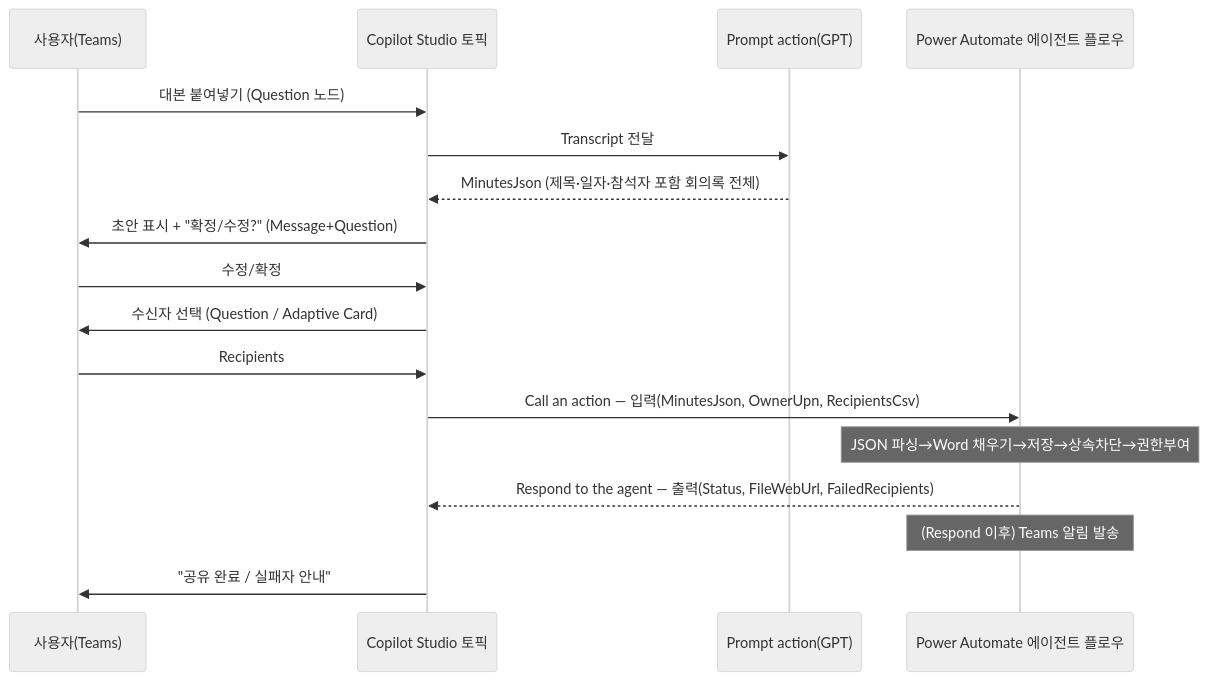
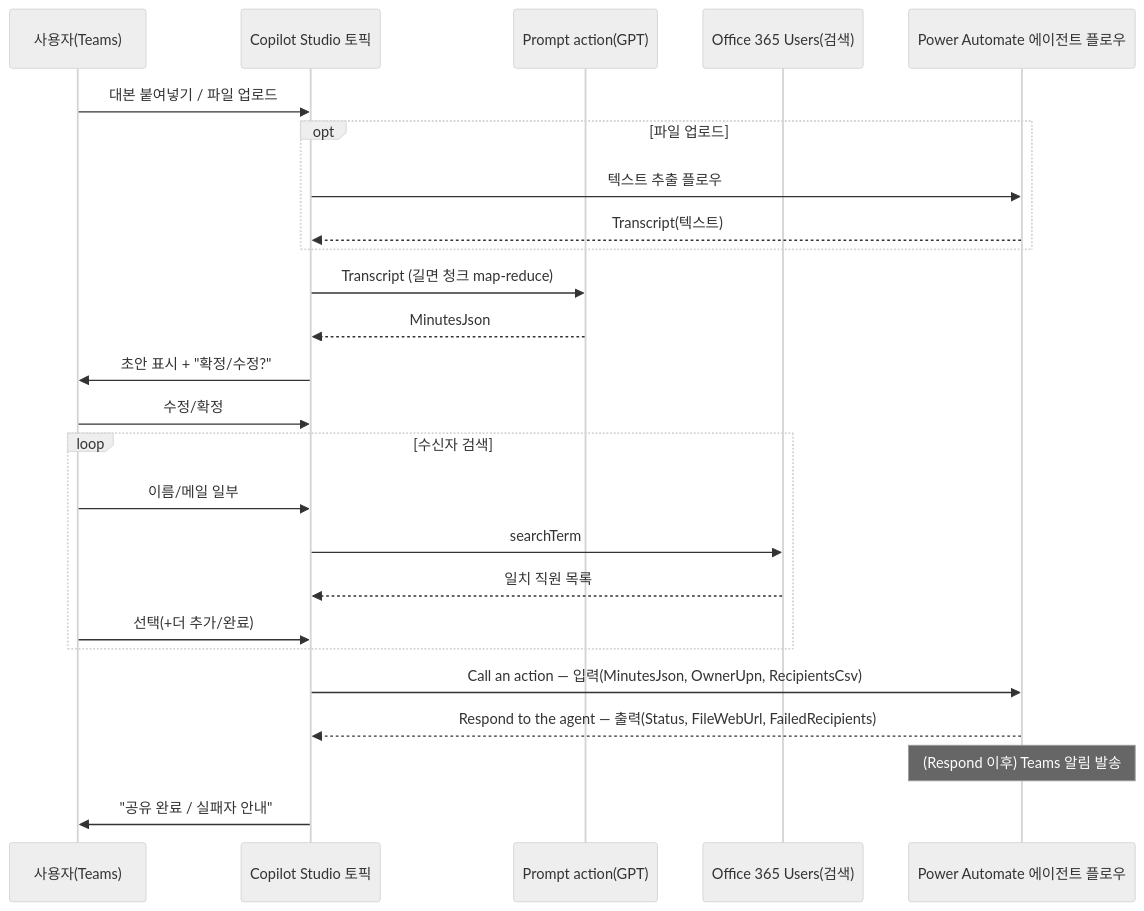
Before and after one commit to tlsqhdrbek-debug/ms-design-agents: the second of 2 diagrams in docs/designs/20260528_회의록자동화에이전트.md, drawn with Mermaid (neutral theme). The commit also changed other lines of this file, not shown here.

Commit message:
design: 전사 직원 검색·파일 업로드·긴 대본 청크 최적화 추가, 권한 상속 차단 쉬운 설명·고유범위 한계 관리 보강 — MS Learn 근거

````diff
--- a/docs/designs/20260528_회의록자동화에이전트.md
+++ b/docs/designs/20260528_회의록자동화에이전트.md
@@ -98,19 +96,27 @@
 ```mermaid
 sequenceDiagram
   participant U as 사용자(Teams)
   participant T as Copilot Studio 토픽
   participant P as Prompt action(GPT)
+  participant S as Office 365 Users(검색)
   participant F as Power Automate 에이전트 플로우
-  U->>T: 대본 붙여넣기 (Question 노드)
-  T->>P: Transcript 전달
-  P-->>T: MinutesJson (제목·일자·참석자 포함 회의록 전체)
-  T->>U: 초안 표시 + "확정/수정?" (Message+Question)
+  U->>T: 대본 붙여넣기 / 파일 업로드
+  opt 파일 업로드
+    T->>F: 텍스트 추출 플로우
+    F-->>T: Transcript(텍스트)
+  end
+  T->>P: Transcript (길면 청크 map-reduce)
+  P-->>T: MinutesJson
+  T->>U: 초안 표시 + "확정/수정?"
   U->>T: 수정/확정
-  T->>U: 수신자 선택 (Question / Adaptive Card)
-  U->>T: Recipients
+  loop 수신자 검색
+    U->>T: 이름/메일 일부
+    T->>S: searchTerm
+    S-->>T: 일치 직원 목록
+    U->>T: 선택(+더 추가/완료)
+  end
   T->>F: Call an action — 입력(MinutesJson, OwnerUpn, RecipientsCsv)
-  Note over F: JSON 파싱→Word 채우기→저장→상속차단→권한부여
   F-->>T: Respond to the agent — 출력(Status, FileWebUrl, FailedRecipients)
   Note over F: (Respond 이후) Teams 알림 발송
   T->>U: "공유 완료 / 실패자 안내"
 ```
````
